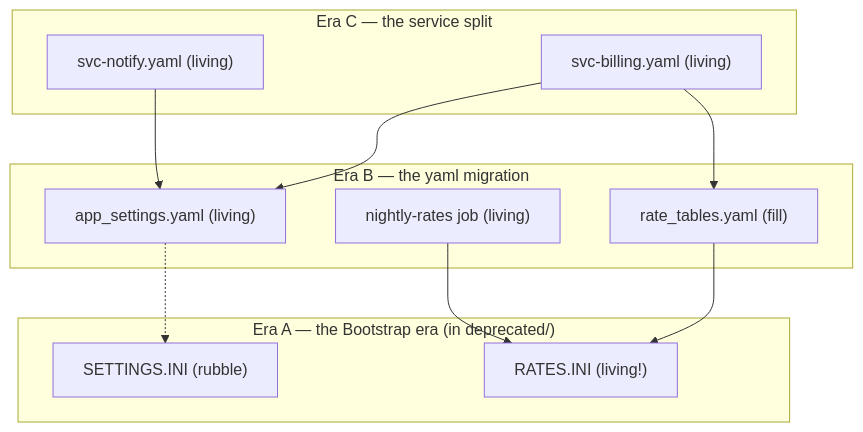
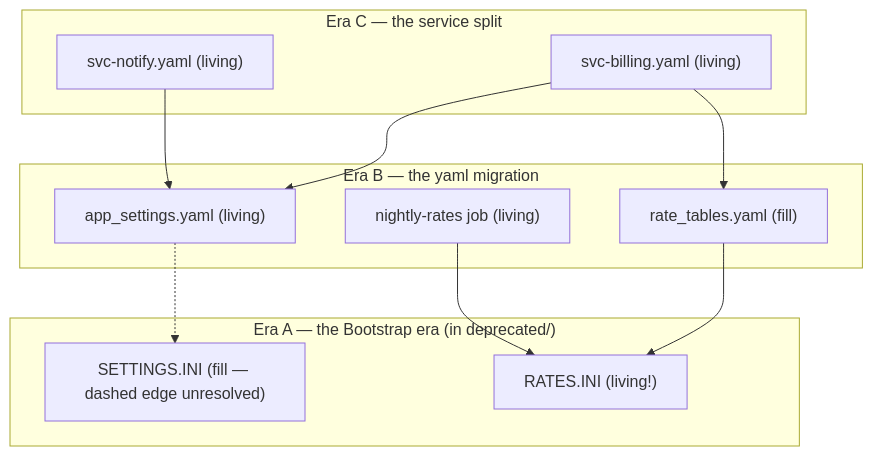
Before and after one commit to CatCorner22/Claude_Skills_2: the diagram in plugins/coding-agent-skills/skills/software-archaeology/references/excavation-method.md, drawn with Mermaid. The commit also changed other lines of this file and 13 other files, not shown here.

````diff
--- a/plugins/coding-agent-skills/skills/software-archaeology/references/excavation-method.md
+++ b/plugins/coding-agent-skills/skills/software-archaeology/references/excavation-method.md
@@ -85,22 +85,22 @@
 ```mermaid
 flowchart TB
   subgraph eraC["Era C — the service split"]
     BIL["svc-billing.yaml (living)"]
     NOT["svc-notify.yaml (living)"]
   end
   subgraph eraB["Era B — the yaml migration"]
     APP["app_settings.yaml (living)"]
     RTY["rate_tables.yaml (fill)"]
     NJ["nightly-rates job (living)"]
   end
   subgraph eraA["Era A — the Bootstrap era (in deprecated/)"]
-    SET["SETTINGS.INI (rubble)"]
+    SET["SETTINGS.INI (fill — dashed edge unresolved)"]
     RAT["RATES.INI (living!)"]
   end
   BIL --> APP
   NOT --> APP
   BIL --> RTY
   RTY --> RAT
   NJ --> RAT
   APP -.-> SET
 ```
````
